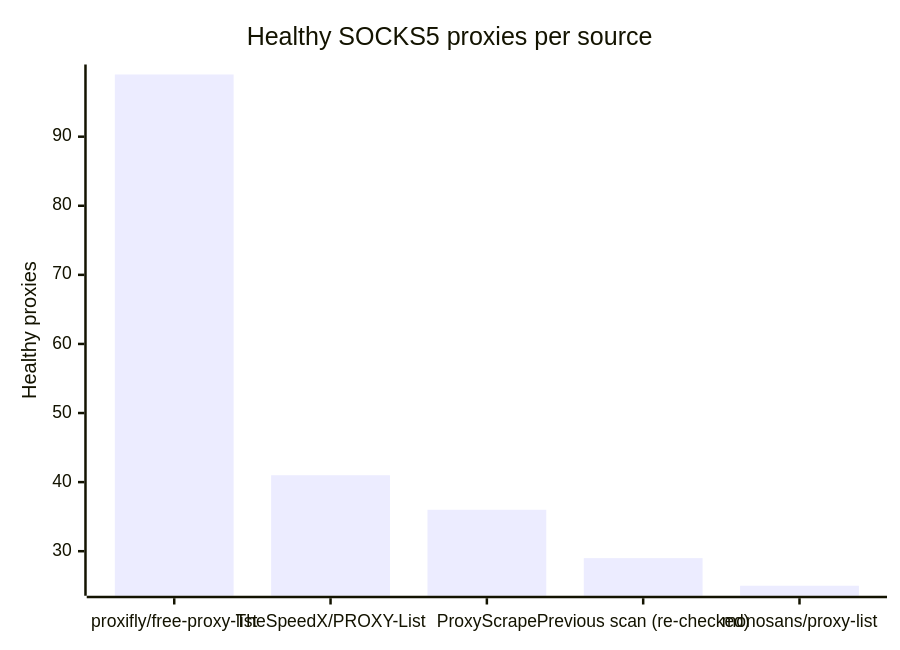
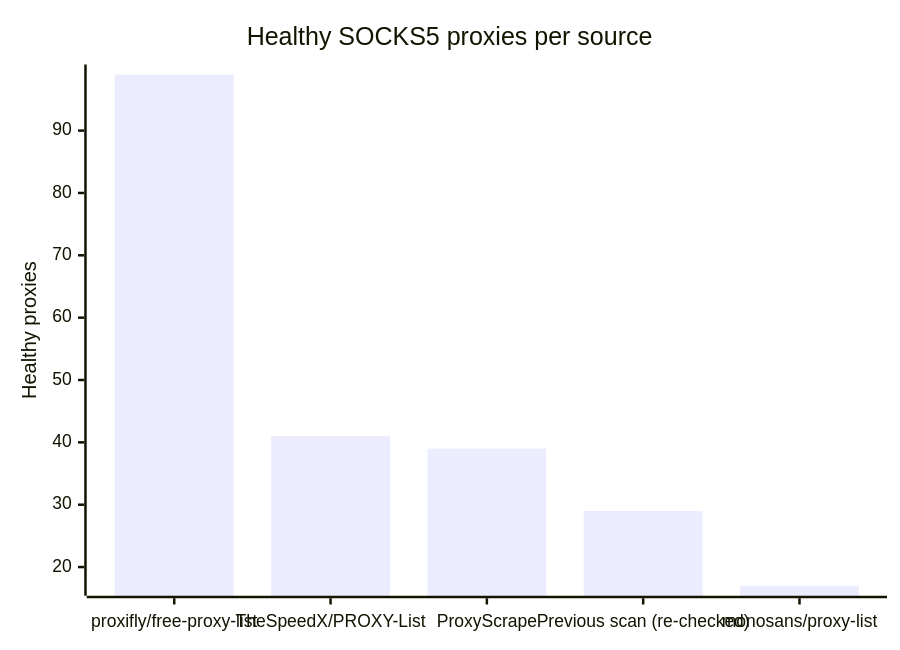
One commit to seyedhs/proxy changed the second of 2 diagrams in README.md. Above: the diagram before and after it, drawn with Mermaid. The commit also changed other lines of this file, not shown here.

````diff
--- a/README.md
+++ b/README.md
@@ -44,7 +45,7 @@
 ```mermaid
 xychart-beta
     title "Healthy SOCKS5 proxies per source"
     x-axis ["proxifly/free-proxy-list", "TheSpeedX/PROXY-List", "ProxyScrape", "Previous scan (re-checked)", "monosans/proxy-list"]
     y-axis "Healthy proxies"
-    bar [99, 41, 36, 29, 25]
+    bar [99, 41, 39, 29, 17]
 ```
````
